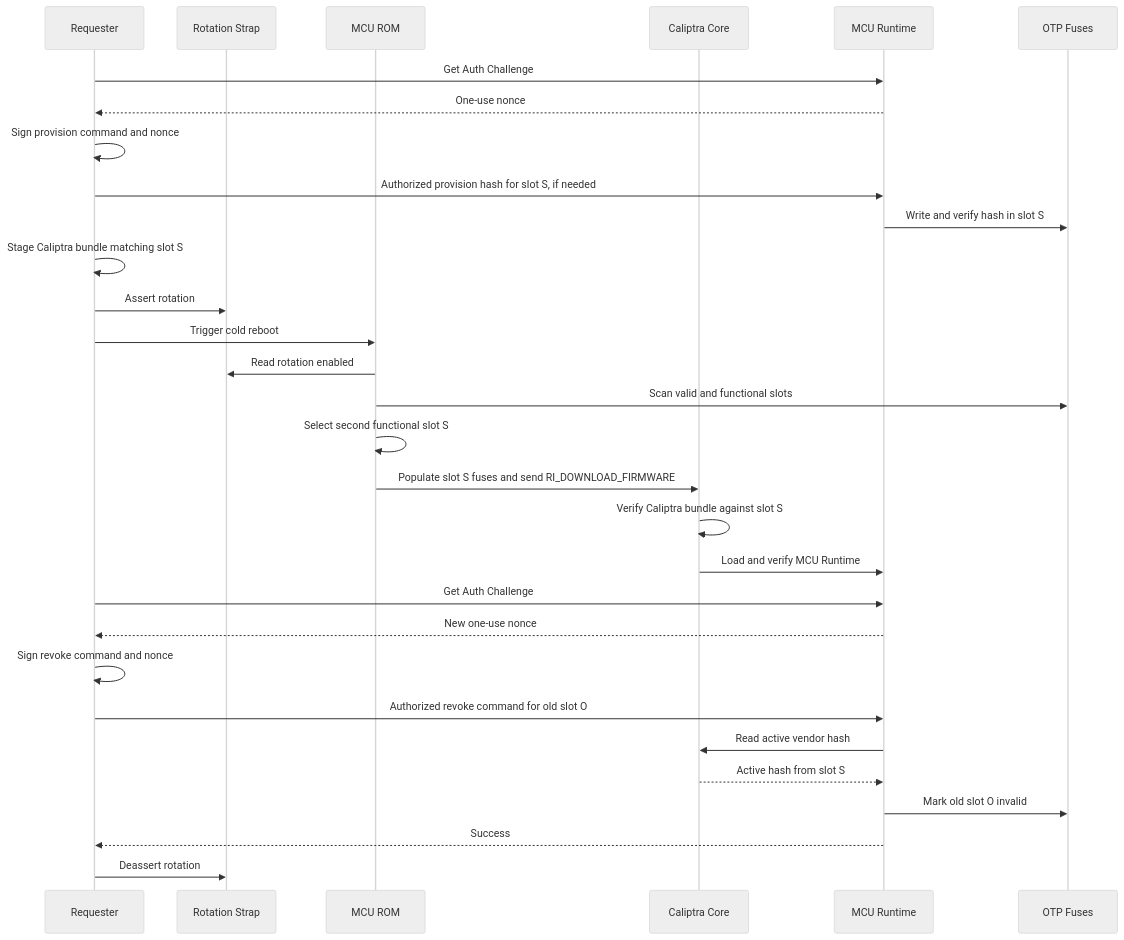
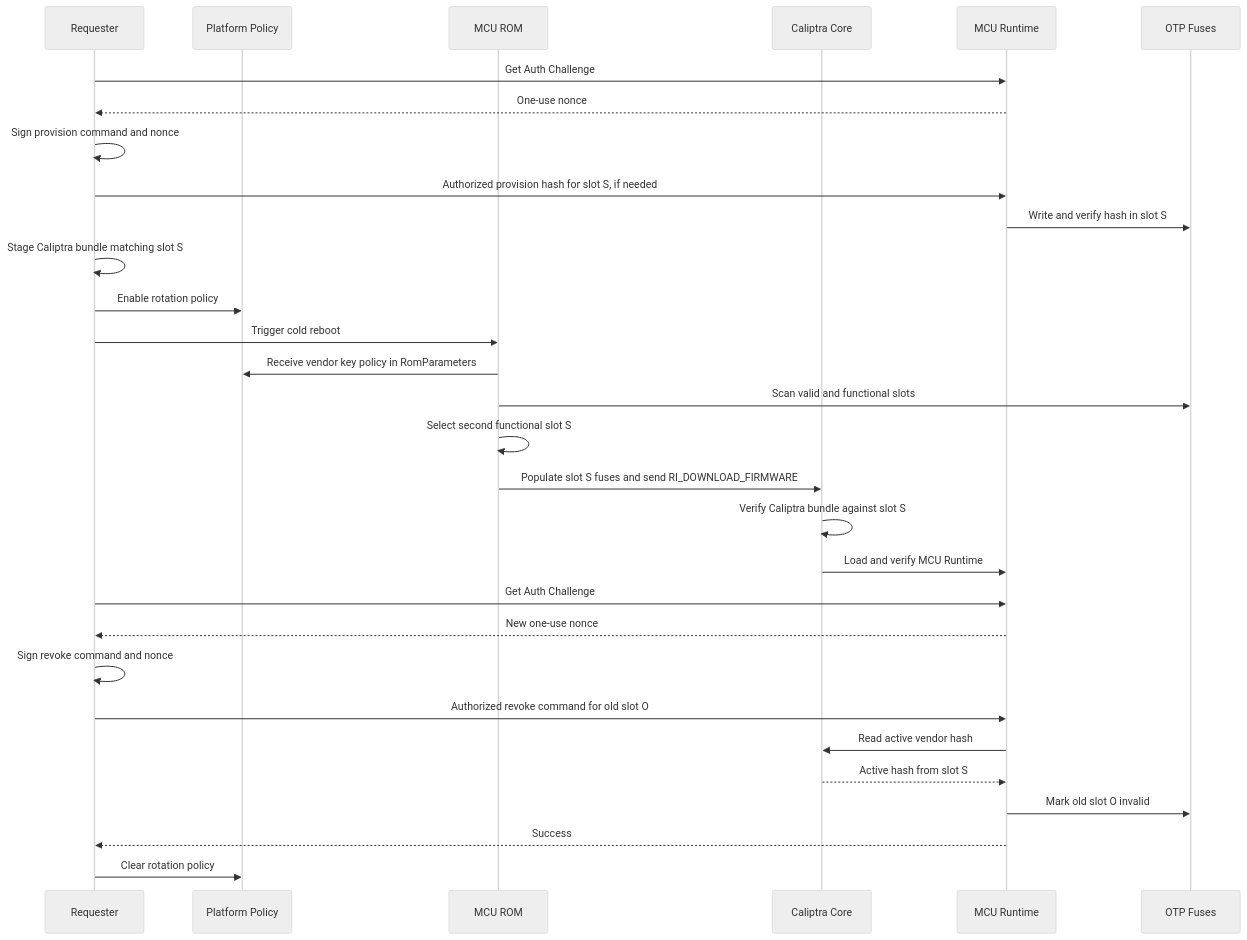
The second of 2 diagrams in docs/src/integrator-guide.md (chipsalliance/caliptra-mcu-sw), drawn with Mermaid (neutral theme) before and after one commit. The commit also changed other lines of this file and 19 other files, not shown here.

````diff
--- a/docs/src/integrator-guide.md
+++ b/docs/src/integrator-guide.md
@@ -541,33 +541,33 @@
 ```mermaid
 sequenceDiagram
     participant Requester
-    participant Strap as Rotation Strap
+    participant Platform as Platform Policy
     participant MCU_ROM as MCU ROM
     participant Core as Caliptra Core
     participant MCU_RT as MCU Runtime
     participant Fuses as OTP Fuses
 
     Requester->>MCU_RT: Get Auth Challenge
     MCU_RT-->>Requester: One-use nonce
     Requester->>Requester: Sign provision command and nonce
     Requester->>MCU_RT: Authorized provision hash for slot S, if needed
     MCU_RT->>Fuses: Write and verify hash in slot S
     Requester->>Requester: Stage Caliptra bundle matching slot S
-    Requester->>Strap: Assert rotation
+    Requester->>Platform: Enable rotation policy
     Requester->>MCU_ROM: Trigger cold reboot
-    MCU_ROM->>Strap: Read rotation enabled
+    MCU_ROM->>Platform: Receive vendor key policy in RomParameters
     MCU_ROM->>Fuses: Scan valid and functional slots
     MCU_ROM->>MCU_ROM: Select second functional slot S
     MCU_ROM->>Core: Populate slot S fuses and send RI_DOWNLOAD_FIRMWARE
     Core->>Core: Verify Caliptra bundle against slot S
     Core->>MCU_RT: Load and verify MCU Runtime
     Requester->>MCU_RT: Get Auth Challenge
     MCU_RT-->>Requester: New one-use nonce
     Requester->>Requester: Sign revoke command and nonce
     Requester->>MCU_RT: Authorized revoke command for old slot O
     MCU_RT->>Core: Read active vendor hash
     Core-->>MCU_RT: Active hash from slot S
     MCU_RT->>Fuses: Mark old slot O invalid
     MCU_RT-->>Requester: Success
-    Requester->>Strap: Deassert rotation
+    Requester->>Platform: Clear rotation policy
 ```
````
